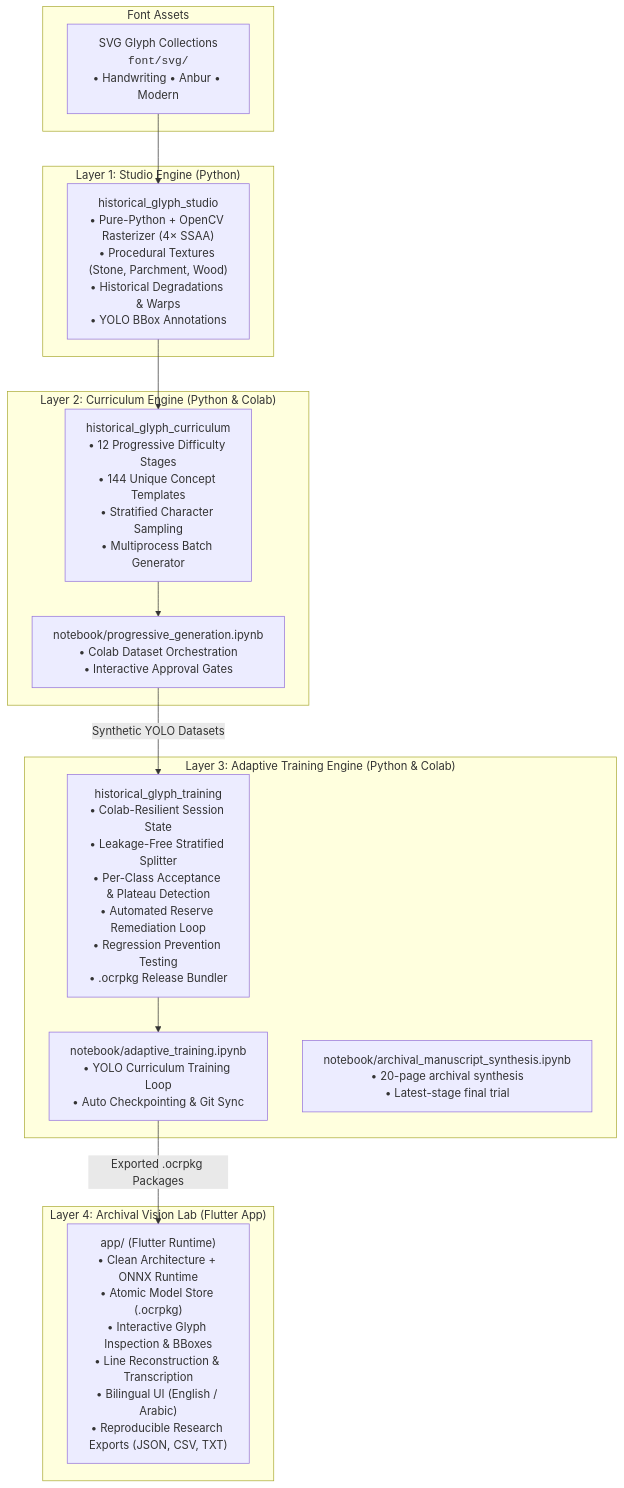
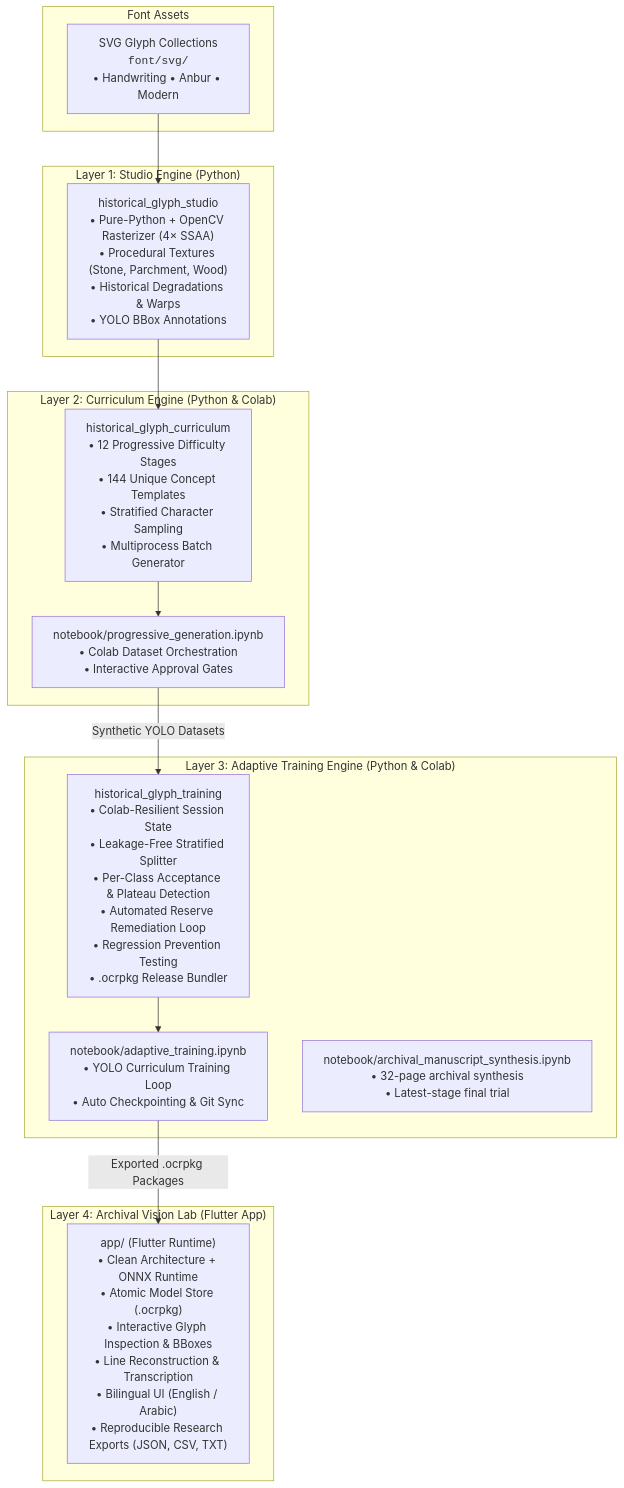
The first of 2 diagrams in README.md (Emran025/ocroldpermic), drawn with Mermaid before and after one commit. The commit also changed other lines of this file and 2 other files, not shown here.

Commit message:
feat: project manuscript writing onto warped paper surfaces

````diff
--- a/README.md
+++ b/README.md
@@ -18,32 +18,32 @@
 ```mermaid
 flowchart TD
     subgraph S1["Font Assets"]
         FA["SVG Glyph Collections<br/><code>font/svg/</code><br/>• Handwriting • Anbur • Modern"]
     end
 
     subgraph L1["Layer 1: Studio Engine (Python)"]
         HGS["historical_glyph_studio<br/>• Pure-Python + OpenCV Rasterizer (4× SSAA)<br/>• Procedural Textures (Stone, Parchment, Wood)<br/>• Historical Degradations & Warps<br/>• YOLO BBox Annotations"]
     end
 
     subgraph L2["Layer 2: Curriculum Engine (Python & Colab)"]
         HGC["historical_glyph_curriculum<br/>• 12 Progressive Difficulty Stages<br/>• 144 Unique Concept Templates<br/>• Stratified Character Sampling<br/>• Multiprocess Batch Generator"]
         NB1["notebook/progressive_generation.ipynb<br/>• Colab Dataset Orchestration<br/>• Interactive Approval Gates"]
     end
 
     subgraph L3["Layer 3: Adaptive Training Engine (Python & Colab)"]
         HGT["historical_glyph_training<br/>• Colab-Resilient Session State<br/>• Leakage-Free Stratified Splitter<br/>• Per-Class Acceptance & Plateau Detection<br/>• Automated Reserve Remediation Loop<br/>• Regression Prevention Testing<br/>• .ocrpkg Release Bundler"]
         NB2["notebook/adaptive_training.ipynb<br/>• YOLO Curriculum Training Loop<br/>• Auto Checkpointing & Git Sync"]
-        NB3["notebook/archival_manuscript_synthesis.ipynb<br/>• 20-page archival synthesis<br/>• Latest-stage final trial"]
+        NB3["notebook/archival_manuscript_synthesis.ipynb<br/>• 32-page archival synthesis<br/>• Latest-stage final trial"]
     end
 
     subgraph L4["Layer 4: Archival Vision Lab (Flutter App)"]
         APP["app/ (Flutter Runtime)<br/>• Clean Architecture + ONNX Runtime<br/>• Atomic Model Store (.ocrpkg)<br/>• Interactive Glyph Inspection & BBoxes<br/>• Line Reconstruction & Transcription<br/>• Bilingual UI (English / Arabic)<br/>• Reproducible Research Exports (JSON, CSV, TXT)"]
     end
 
     FA --> HGS
     HGS --> HGC
     HGC --> NB1
     NB1 -->|Synthetic YOLO Datasets| HGT
     HGT --> NB2
     NB2 -->|Exported .ocrpkg Packages| APP
 ```
````
